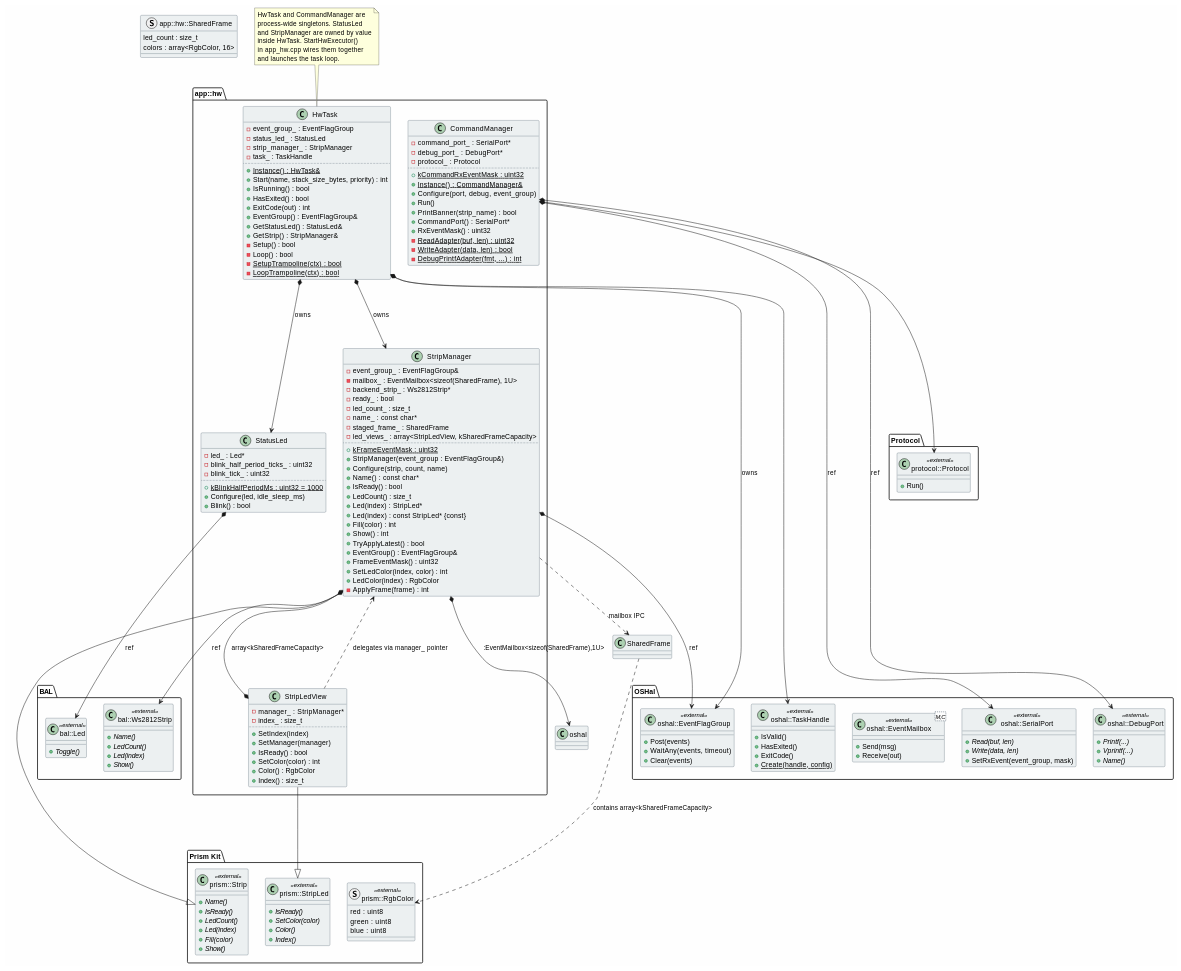
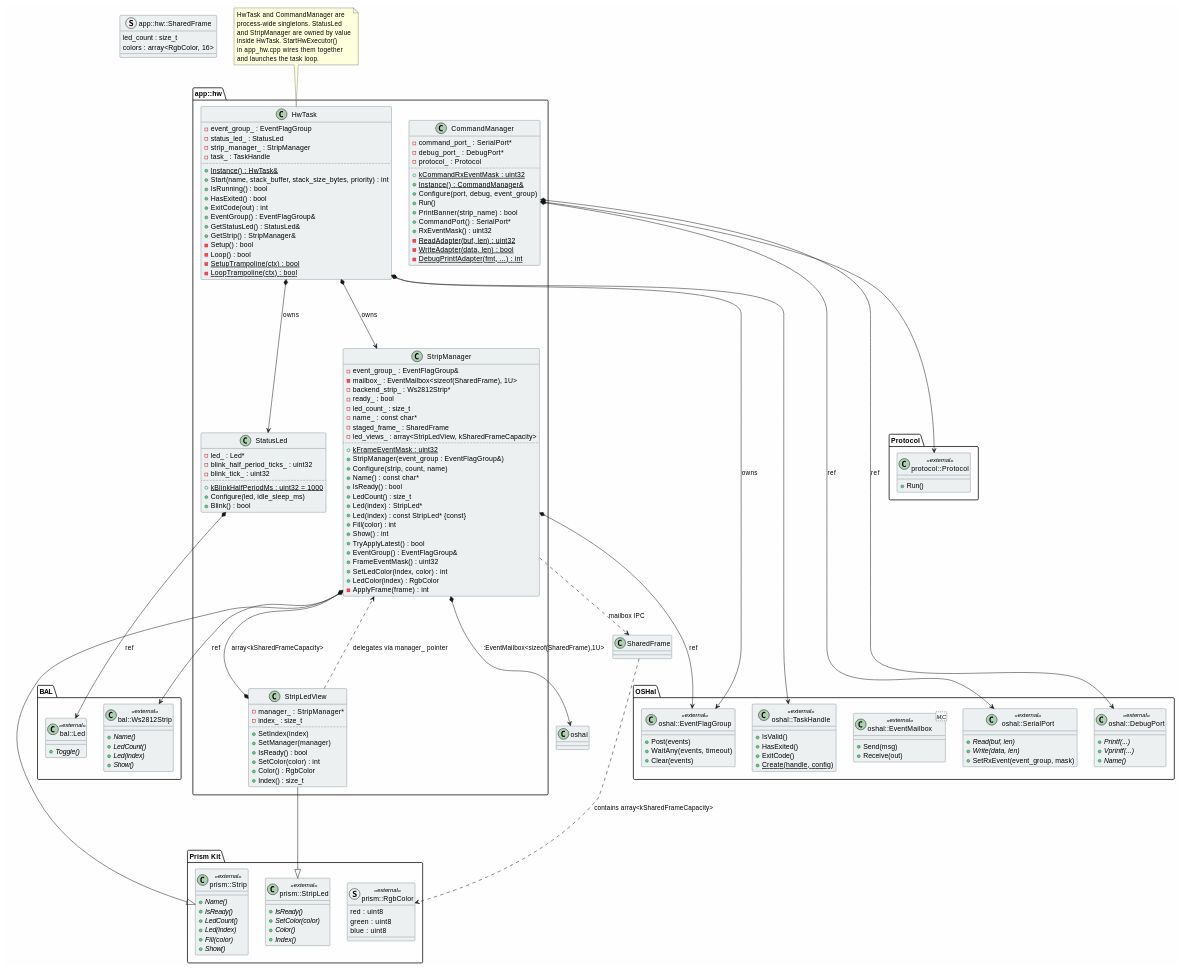
Before and after one commit to LucasPetrelli/prism-kit: the diagram in app/src/hw/hw.md, drawn with PlantUML. The commit also changed 12 other files, not shown here.

```diff
--- a/app/src/hw/hw.md
+++ b/app/src/hw/hw.md
@@ -111,7 +111,7 @@
     - task_ : TaskHandle
     ..
     + {static} Instance() : HwTask&
-    + Start(name, stack_size_bytes, priority) : int
+    + Start(name, stack_buffer, stack_size_bytes, priority) : int
     + IsRunning() : bool
     + HasExited() : bool
     + ExitCode(out) : int
```
